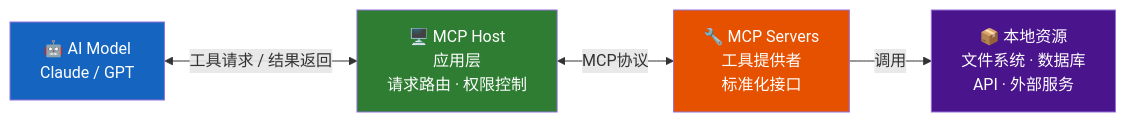
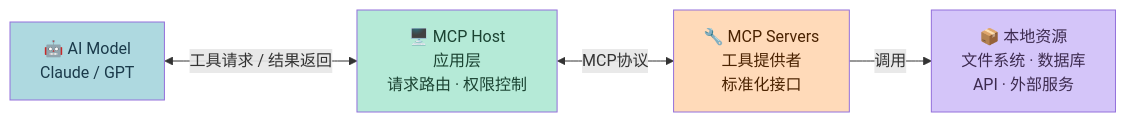
One commit to xuqi2024/xuqi2024.github.io changed the fifth of 5 diagrams in source/_posts/2026-04-14-ai-agent-principles-and-practice.md. Above: the diagram before and after it, drawn with Mermaid. The commit also changed other lines of this file and 3 other files, not shown here.

First line of the commit message:
style: 将所有 Mermaid 图表配色改为马卡龙色系，修复节点换行显示

````diff
--- a/source/_posts/2026-04-14-ai-agent-principles-and-practice.md
+++ b/source/_posts/2026-04-14-ai-agent-principles-and-practice.md
@@ -1133,16 +1133,16 @@
 ```mermaid
 graph LR
     AI["🤖 AI Model<br/>Claude / GPT"]
     MH["🖥️ MCP Host<br/>应用层<br/>请求路由 · 权限控制"]
     MS["🔧 MCP Servers<br/>工具提供者<br/>标准化接口"]
     LR["📦 本地资源<br/>文件系统 · 数据库<br/>API · 外部服务"]
 
     AI <-->|"工具请求 / 结果返回"| MH
     MH <-->|"MCP协议"| MS
     MS -->|"调用"| LR
 
-    style AI fill:#1565C0,color:#fff
-    style MH fill:#2E7D32,color:#fff
-    style MS fill:#E65100,color:#fff
-    style LR fill:#4A148C,color:#fff
+    style AI fill:#AED9E0,color:#1A3A4A
+    style MH fill:#B5EAD7,color:#1B4332
+    style MS fill:#FFDAB9,color:#4A2200
+    style LR fill:#D4C5F9,color:#3D2B4F
 ```
````
